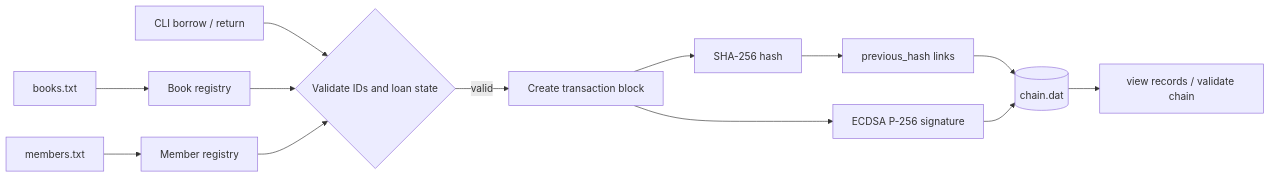
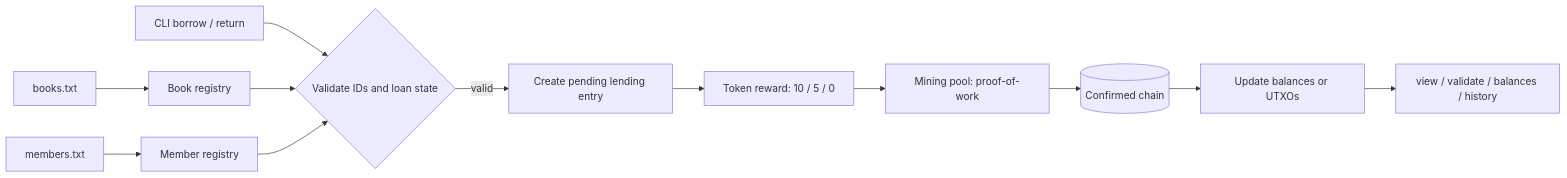
Before and after one commit to Songa7273/Individual-Assignment-1--F-A-: the diagram in DESIGN.md, drawn with Mermaid. The commit also changed other lines of this file and 4 other files, not shown here.

Commit message:
Complete blockchain library lending tracker with mining simulation

````diff
--- a/DESIGN.md
+++ b/DESIGN.md
@@ -3,15 +3,14 @@
 ```mermaid
 flowchart LR
     B[books.txt] --> BR[Book registry]
     M[members.txt] --> MR[Member registry]
     U[CLI borrow / return] --> V{Validate IDs and loan state}
     BR --> V
     MR --> V
-    V -->|valid| S[Create transaction block]
-    S --> G[SHA-256 hash]
-    S --> E[ECDSA P-256 signature]
-    G --> L[previous_hash links]
-    L --> C[(chain.dat)]
-    E --> C
-    C --> Q[view records / validate chain]
+    V -->|valid| P[Create pending lending entry]
+    P --> R[Token reward: 10 / 5 / 0]
+    R --> MINE[Mining pool: proof-of-work]
+    MINE --> C[(Confirmed chain)]
+    C --> A[Update balances or UTXOs]
+    A --> Q[view / validate / balances / history]
 ```
````
